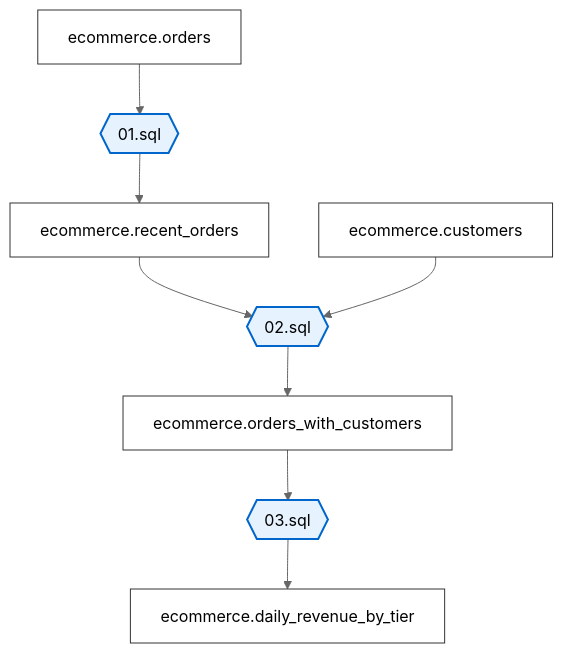
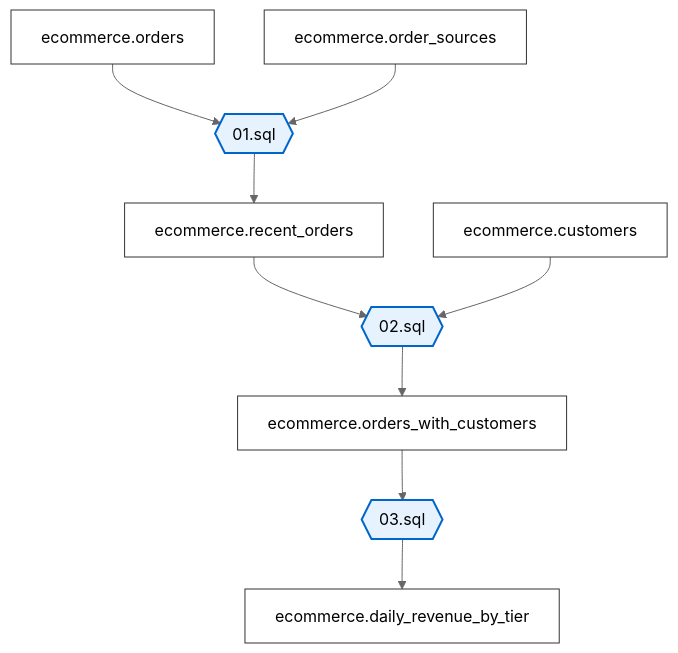
One commit to ashrithssreddy/github-actions-mermaid-charts changed the diagram in docs/data_flow.mmd. Above: the diagram before and after it, drawn with Mermaid (neutral theme). The commit also changed 1 other file, not shown here.

```diff
--- a/docs/data_flow.mmd
+++ b/docs/data_flow.mmd
@@ -1,33 +1,36 @@
 flowchart TD
   ecommerce_orders[ecommerce.orders]
   ecommerce_customers[ecommerce.customers]
+  ecommerce_order_sources[ecommerce.order_sources]
 
   sql_01{{01.sql}}
 
   ecommerce_recent_orders[ecommerce.recent_orders]
 
   sql_02{{02.sql}}
 
   ecommerce_orders_with_customers[ecommerce.orders_with_customers]
 
   sql_03{{03.sql}}
 
   ecommerce_daily_revenue_by_tier[ecommerce.daily_revenue_by_tier]
 
   ecommerce_orders --> sql_01
+  ecommerce_order_sources --> sql_01
   sql_01 --> ecommerce_recent_orders
   ecommerce_recent_orders --> sql_02
   ecommerce_customers --> sql_02
   sql_02 --> ecommerce_orders_with_customers
   ecommerce_orders_with_customers --> sql_03
   sql_03 --> ecommerce_daily_revenue_by_tier
 
   style sql_01 fill:#e6f3ff,stroke:#0066cc,stroke-width:2px
   style sql_02 fill:#e6f3ff,stroke:#0066cc,stroke-width:2px
   style sql_03 fill:#e6f3ff,stroke:#0066cc,stroke-width:2px
 
   style ecommerce_orders fill:#ffffff,stroke:#333333,stroke-width:1px
   style ecommerce_customers fill:#ffffff,stroke:#333333,stroke-width:1px
+  style ecommerce_order_sources fill:#ffffff,stroke:#333333,stroke-width:1px
   style ecommerce_recent_orders fill:#ffffff,stroke:#333333,stroke-width:1px
   style ecommerce_orders_with_customers fill:#ffffff,stroke:#333333,stroke-width:1px
   style ecommerce_daily_revenue_by_tier fill:#ffffff,stroke:#333333,stroke-width:1px
```
